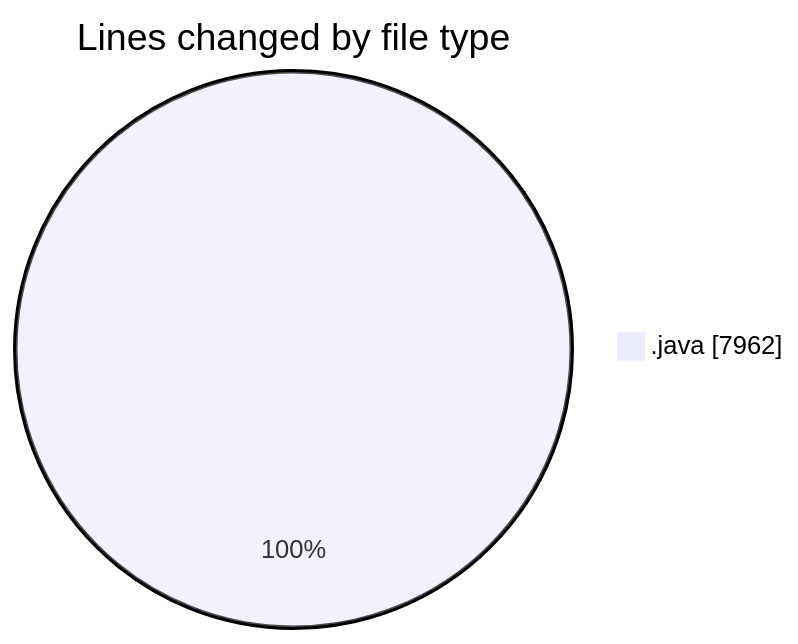
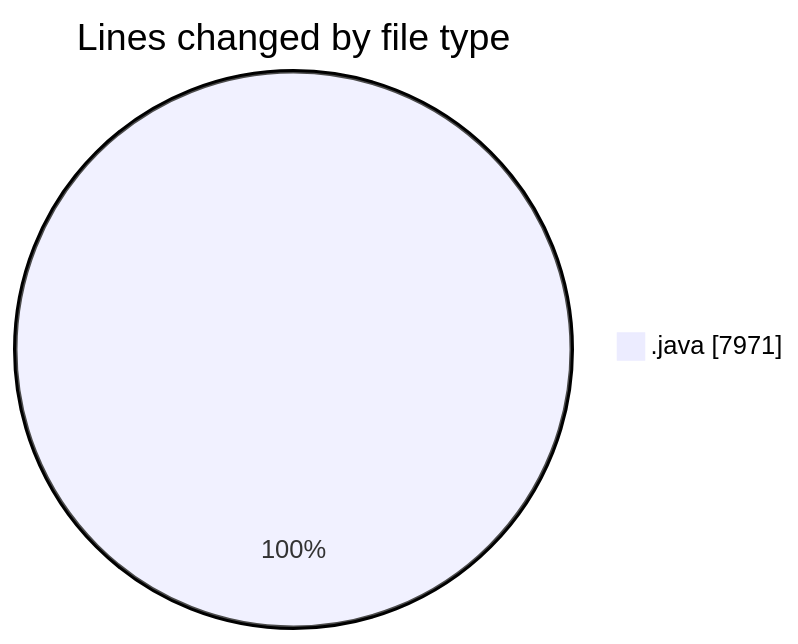
One commit to ricardozamudiocil/code-tracking changed the first of 2 diagrams in 2026-03-12/cilapp/README.md. Above: the diagram before and after it, drawn with Mermaid. The commit also changed other lines of this file and 1 other file, not shown here.

````diff
--- a/2026-03-12/cilapp/README.md
+++ b/2026-03-12/cilapp/README.md
@@ -24,5 +24,5 @@
 ```mermaid
 pie showData
 title Lines changed by file type
-".java" : 7962
+".java" : 7971
 ```
````
